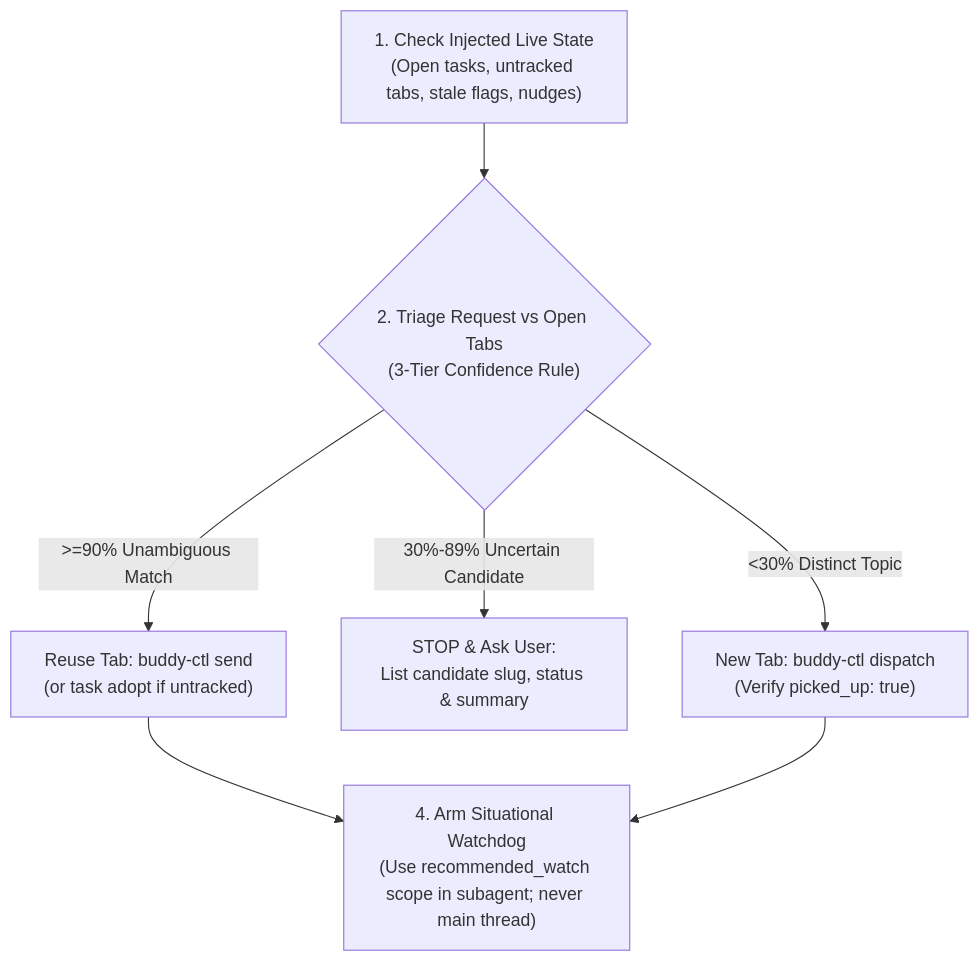
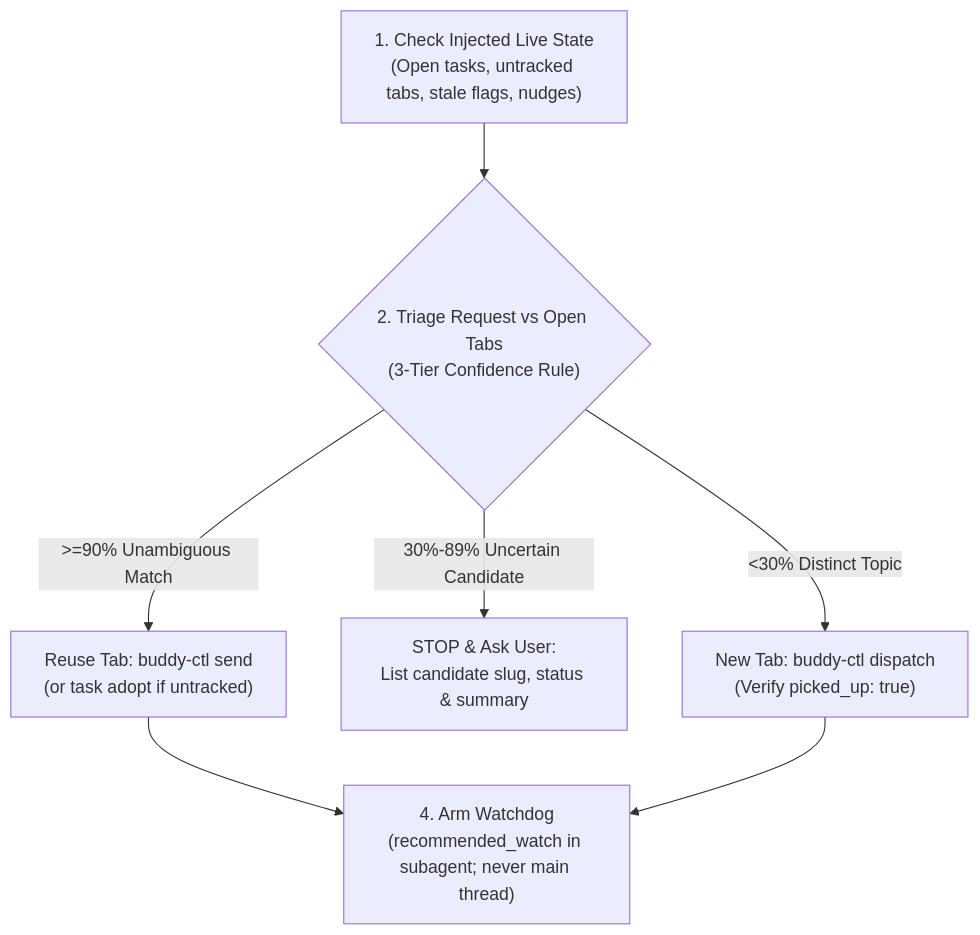
The diagram in templates/orchestrator-AGENTS.md (tortoise10h/buddy), drawn with Mermaid before and after one commit. The commit also changed other lines of this file and 1 other file, not shown here.

Commit message:
docs: tighten watch subagent rule wording

````diff
--- a/templates/orchestrator-AGENTS.md
+++ b/templates/orchestrator-AGENTS.md
@@ -56,9 +55,9 @@
 ```mermaid
 flowchart TD
     S1["1. Check Injected Live State<br/>(Open tasks, untracked tabs, stale flags, nudges)"] --> S2{"2. Triage Request vs Open Tabs<br/>(3-Tier Confidence Rule)"}
     S2 -- ">=90% Unambiguous Match" --> Reuse["Reuse Tab: buddy-ctl send<br/>(or task adopt if untracked)"]
     S2 -- "30%-89% Uncertain Candidate" --> Ask["STOP & Ask User:<br/>List candidate slug, status & summary"]
     S2 -- "<30% Distinct Topic" --> Disp["New Tab: buddy-ctl dispatch<br/>(Verify picked_up: true)"]
-    Reuse --> S4["4. Arm Situational Watchdog<br/>(Use recommended_watch scope in subagent; never main thread)"]
+    Reuse --> S4["4. Arm Watchdog<br/>(recommended_watch in subagent; never main thread)"]
     Disp --> S4
 ```
````
